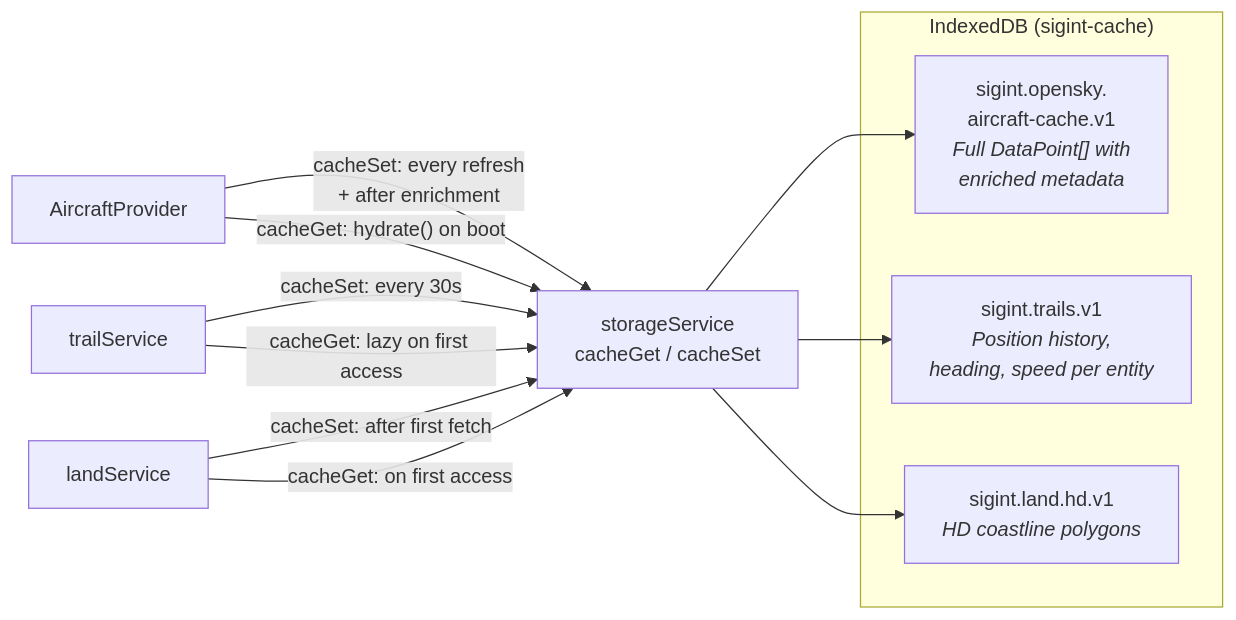
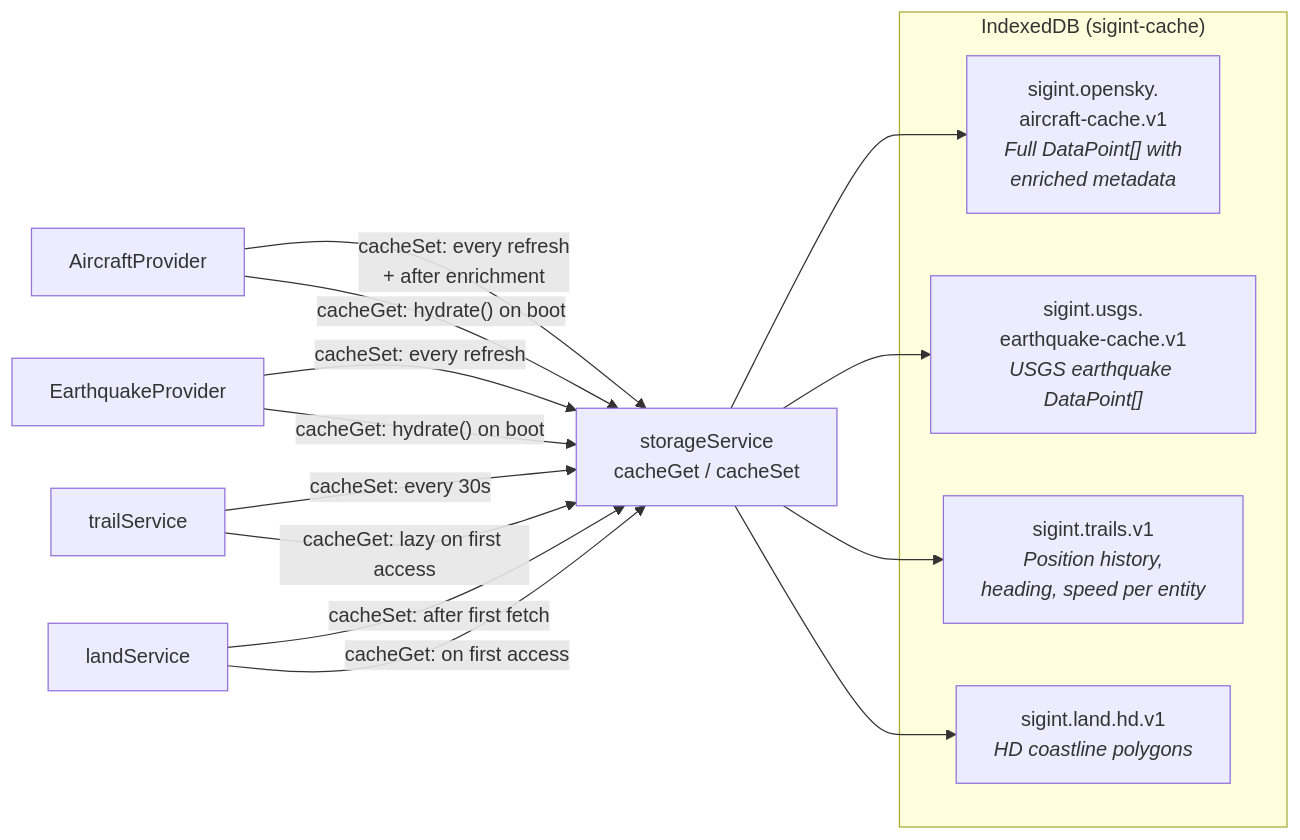
One commit to iiTONELOC/sigint changed the fifth of 14 diagrams in docs/architecture.md. Above: the diagram before and after it, drawn with Mermaid. The commit also changed other lines of this file and 30 other files, not shown here.

First line of the commit message:
feat: live USGS earthquake data, feature domain structure, intel links,

````diff
--- a/docs/architecture.md
+++ b/docs/architecture.md
@@ -290,23 +326,28 @@
 ```mermaid
 flowchart LR
     subgraph "IndexedDB (sigint-cache)"
         AC["sigint.opensky.<br/>aircraft-cache.v1<br/><i>Full DataPoint[] with<br/>enriched metadata</i>"]
+        EQ["sigint.usgs.<br/>earthquake-cache.v1<br/><i>USGS earthquake DataPoint[]</i>"]
         TR["sigint.trails.v1<br/><i>Position history,<br/>heading, speed per entity</i>"]
         LD["sigint.land.hd.v1<br/><i>HD coastline polygons</i>"]
     end
 
     StorageSvc["storageService<br/>cacheGet / cacheSet"]
 
-    Provider["AircraftProvider"] -->|"cacheSet: every refresh<br/>+ after enrichment"| StorageSvc
-    Provider -->|"cacheGet: hydrate() on boot"| StorageSvc
+    AircraftProv["AircraftProvider"] -->|"cacheSet: every refresh<br/>+ after enrichment"| StorageSvc
+    AircraftProv -->|"cacheGet: hydrate() on boot"| StorageSvc
+
+    QuakeProv["EarthquakeProvider"] -->|"cacheSet: every refresh"| StorageSvc
+    QuakeProv -->|"cacheGet: hydrate() on boot"| StorageSvc
 
     TrailSvc["trailService"] -->|"cacheSet: every 30s"| StorageSvc
     TrailSvc -->|"cacheGet: lazy on first access"| StorageSvc
 
     LandSvc["landService"] -->|"cacheSet: after first fetch"| StorageSvc
     LandSvc -->|"cacheGet: on first access"| StorageSvc
 
     StorageSvc --> AC
+    StorageSvc --> EQ
     StorageSvc --> TR
     StorageSvc --> LD
 ```
````
